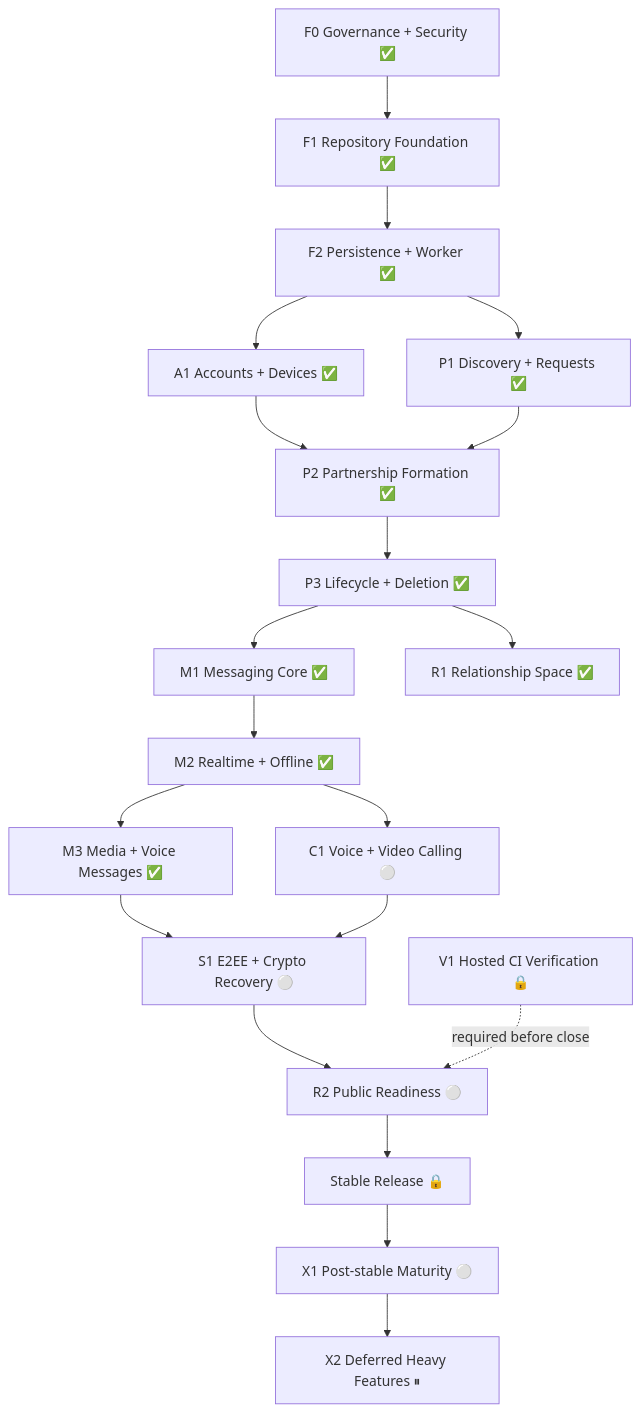
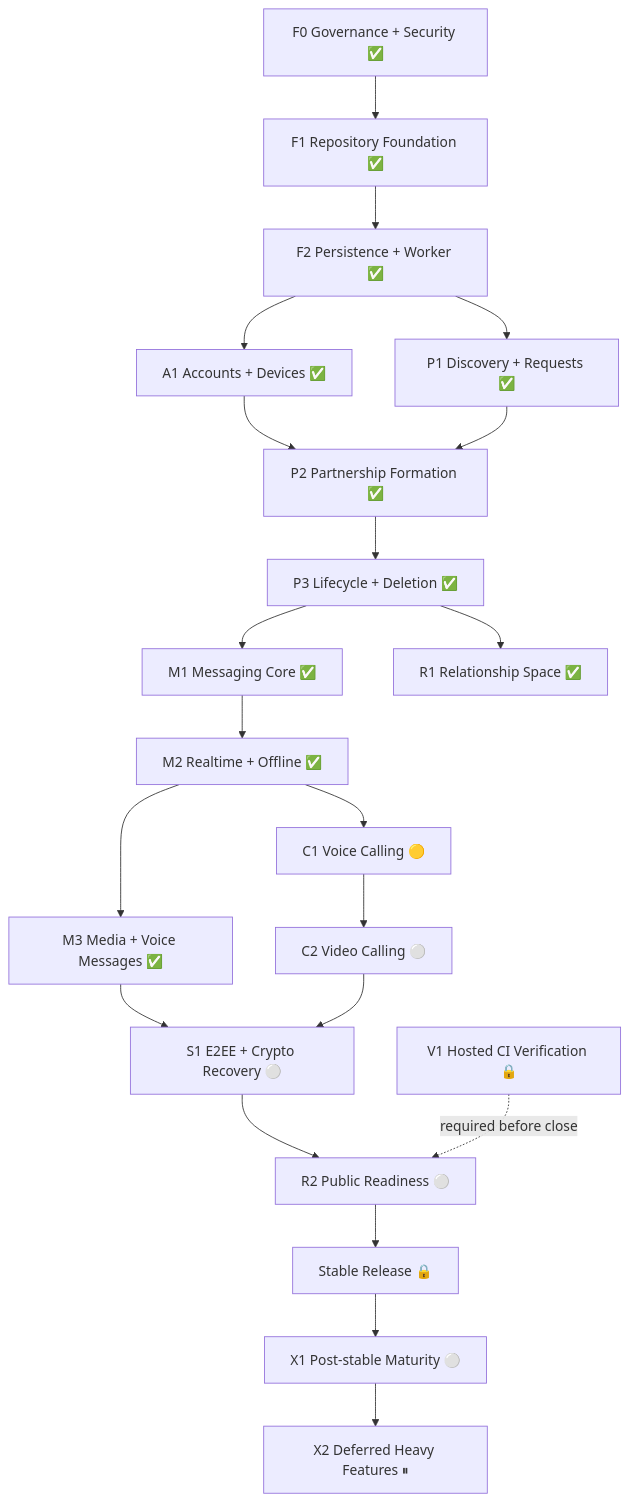
Before and after one commit to ekamal22/shawtie-pls-app: the diagram in docs/EXECUTION_GRAPH.md, drawn with Mermaid. The commit also changed other lines of this file and 6 other files, not shown here.

```diff
--- a/docs/EXECUTION_GRAPH.md
+++ b/docs/EXECUTION_GRAPH.md
@@ -85,31 +85,32 @@
 ~~~mermaid
 flowchart TD
     F0["F0 Governance + Security ✅"] --> F1["F1 Repository Foundation ✅"]
     F1 --> F2["F2 Persistence + Worker ✅"]
 
     F2 --> A1["A1 Accounts + Devices ✅"]
     F2 --> P1["P1 Discovery + Requests ✅"]
 
     A1 --> P2["P2 Partnership Formation ✅"]
     P1 --> P2
 
     P2 --> P3["P3 Lifecycle + Deletion ✅"]
 
     P3 --> M1["M1 Messaging Core ✅"]
     P3 --> R1["R1 Relationship Space ✅"]
 
     M1 --> M2["M2 Realtime + Offline ✅"]
 
     M2 --> M3["M3 Media + Voice Messages ✅"]
-    M2 --> C1["C1 Voice + Video Calling ⚪"]
+    M2 --> C1["C1 Voice Calling 🟡"]
+    C1 --> C2["C2 Video Calling ⚪"]
 
     M3 --> S1["S1 E2EE + Crypto Recovery ⚪"]
-    C1 --> S1
+    C2 --> S1
 
     S1 --> R2["R2 Public Readiness ⚪"]
     V1["V1 Hosted CI Verification 🔒"] -. required before close .-> R2
 
     R2 --> RELEASE["Stable Release 🔒"]
     RELEASE --> X1["X1 Post-stable Maturity ⚪"]
     X1 --> X2["X2 Deferred Heavy Features ⏸"]
 ~~~
```
